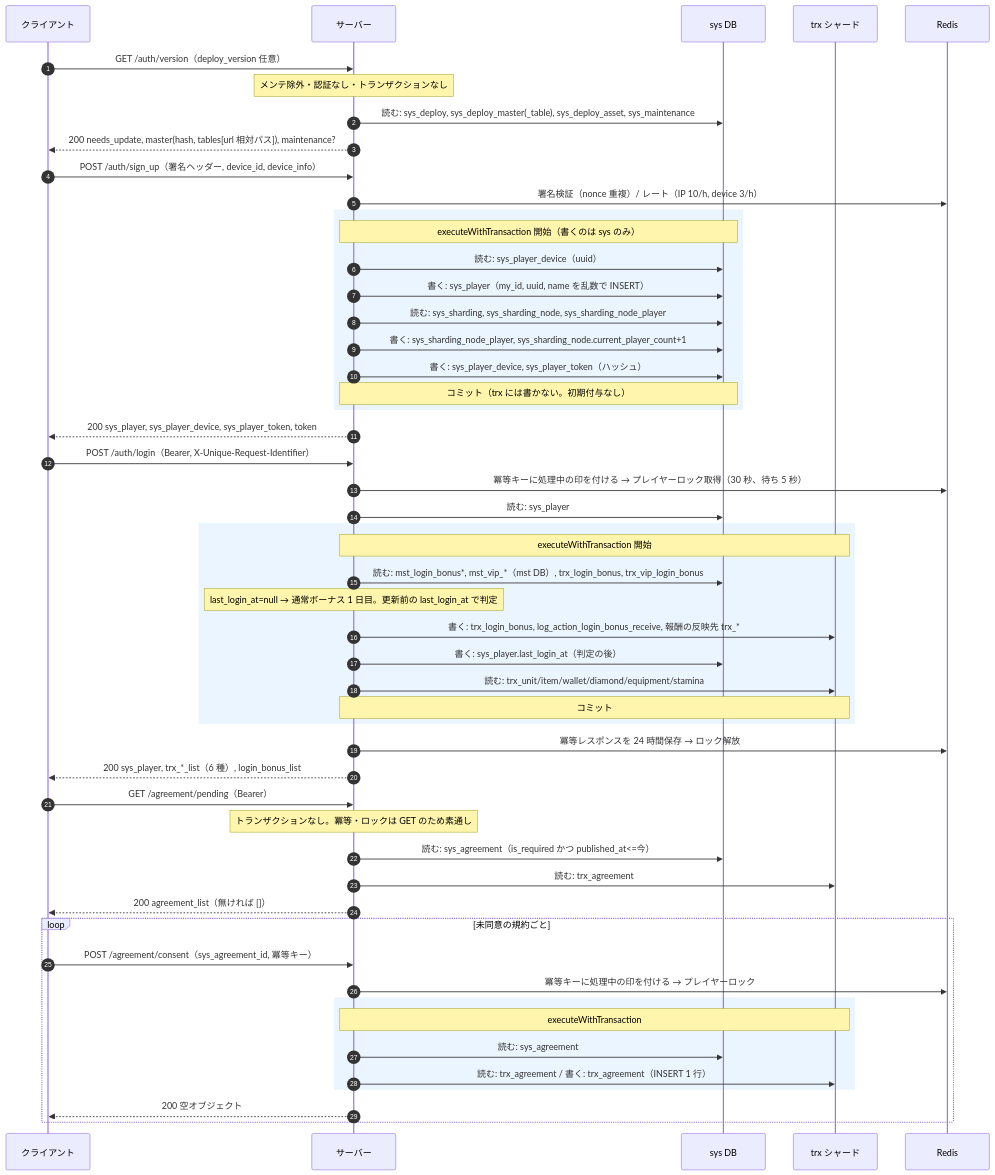
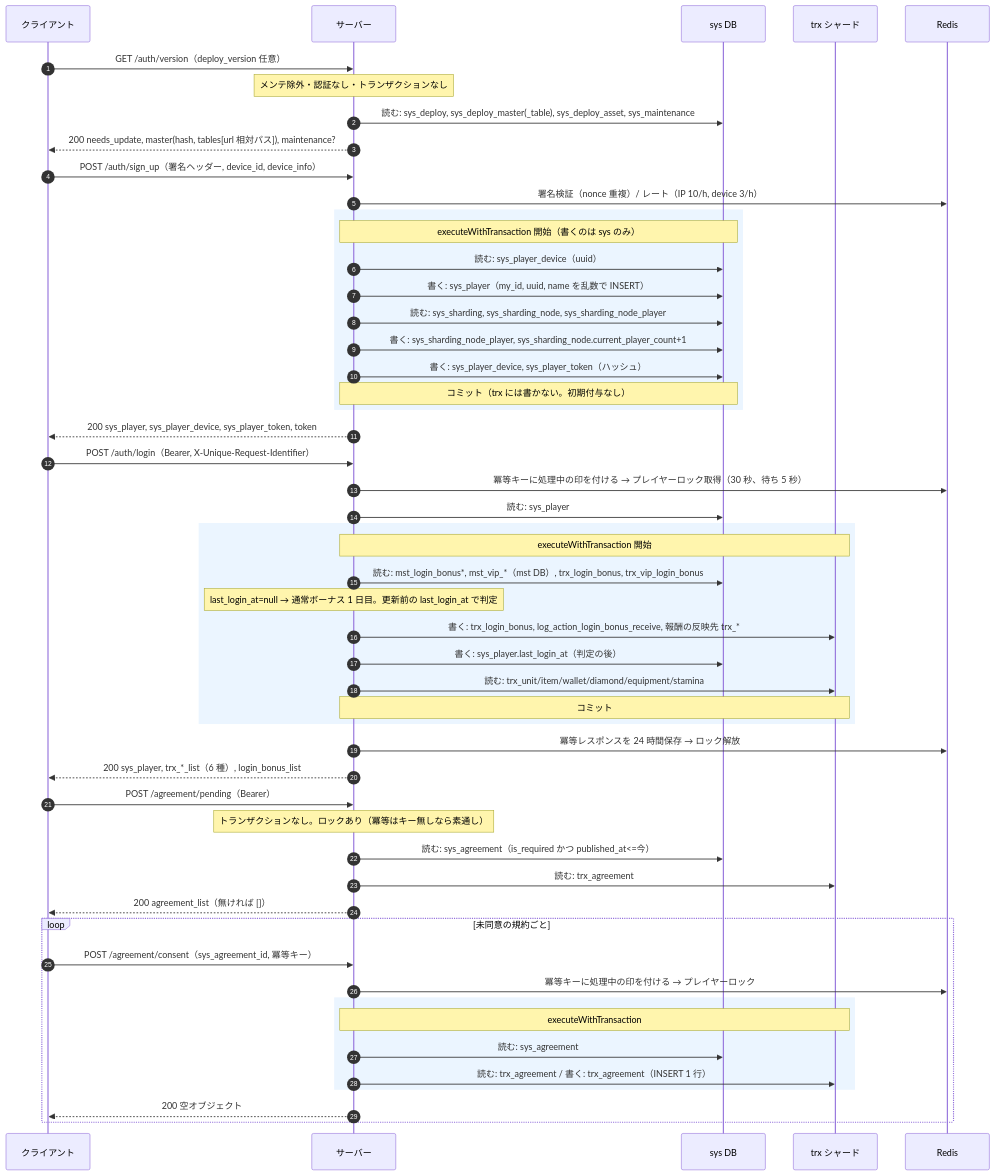
One commit to BENieBlack/NexusLaravelMobileGameServer changed the first of 5 diagrams in docs/design/title-to-home/sequence.md. Above: the diagram before and after it, drawn with Mermaid. The commit also changed 39 other files, not shown here.

Commit message:
fix: 認証後の GET 15 本を POST に移行する（認証不要の GET は GET のまま） (#16)

````diff
--- a/docs/design/title-to-home/sequence.md
+++ b/docs/design/title-to-home/sequence.md
@@ -12,59 +12,59 @@
 ```mermaid
 sequenceDiagram
     autonumber
     participant C as クライアント
     participant S as サーバー
     participant SYS as sys DB
     participant TRX as trx シャード
     participant R as Redis
 
     C->>S: GET /auth/version（deploy_version 任意）
     Note over S: メンテ除外・認証なし・トランザクションなし
     S->>SYS: 読む: sys_deploy, sys_deploy_master(_table), sys_deploy_asset, sys_maintenance
     S-->>C: 200 needs_update, master(hash, tables[url 相対パス]), maintenance?
 
     C->>S: POST /auth/sign_up（署名ヘッダー, device_id, device_info）
     S->>R: 署名検証（nonce 重複）/ レート（IP 10/h, device 3/h）
     rect rgb(235, 245, 255)
     Note over S,SYS: executeWithTransaction 開始（書くのは sys のみ）
     S->>SYS: 読む: sys_player_device（uuid）
     S->>SYS: 書く: sys_player（my_id, uuid, name を乱数で INSERT）
     S->>SYS: 読む: sys_sharding, sys_sharding_node, sys_sharding_node_player
     S->>SYS: 書く: sys_sharding_node_player, sys_sharding_node.current_player_count+1
     S->>SYS: 書く: sys_player_device, sys_player_token（ハッシュ）
     Note over S,SYS: コミット（trx には書かない。初期付与なし）
     end
     S-->>C: 200 sys_player, sys_player_device, sys_player_token, token
 
     C->>S: POST /auth/login（Bearer, X-Unique-Request-Identifier）
     S->>R: 冪等キーに処理中の印を付ける → プレイヤーロック取得（30 秒、待ち 5 秒）
     S->>SYS: 読む: sys_player
     rect rgb(235, 245, 255)
     Note over S,TRX: executeWithTransaction 開始
     S->>SYS: 読む: mst_login_bonus*, mst_vip_*（mst DB）, trx_login_bonus, trx_vip_login_bonus
     Note over S: last_login_at=null → 通常ボーナス 1 日目。更新前の last_login_at で判定
     S->>TRX: 書く: trx_login_bonus, log_action_login_bonus_receive, 報酬の反映先 trx_*
     S->>SYS: 書く: sys_player.last_login_at（判定の後）
     S->>TRX: 読む: trx_unit/item/wallet/diamond/equipment/stamina
     Note over S,TRX: コミット
     end
     S->>R: 冪等レスポンスを 24 時間保存 → ロック解放
     S-->>C: 200 sys_player, trx_*_list（6 種）, login_bonus_list
 
-    C->>S: GET /agreement/pending（Bearer）
-    Note over S: トランザクションなし。冪等・ロックは GET のため素通し
+    C->>S: POST /agreement/pending（Bearer）
+    Note over S: トランザクションなし。ロックあり（冪等はキー無しなら素通し）
     S->>SYS: 読む: sys_agreement（is_required かつ published_at<=今）
     S->>TRX: 読む: trx_agreement
     S-->>C: 200 agreement_list（無ければ []）
 
     loop 未同意の規約ごと
         C->>S: POST /agreement/consent（sys_agreement_id, 冪等キー）
         S->>R: 冪等キーに処理中の印を付ける → プレイヤーロック
         rect rgb(235, 245, 255)
         Note over S,TRX: executeWithTransaction
         S->>SYS: 読む: sys_agreement
         S->>TRX: 読む: trx_agreement / 書く: trx_agreement（INSERT 1 行）
         end
         S-->>C: 200 空オブジェクト
     end
 ```
````
